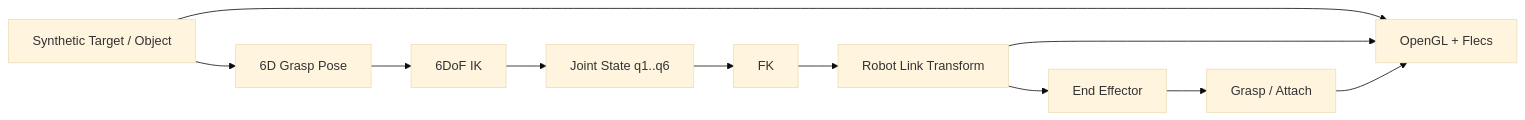
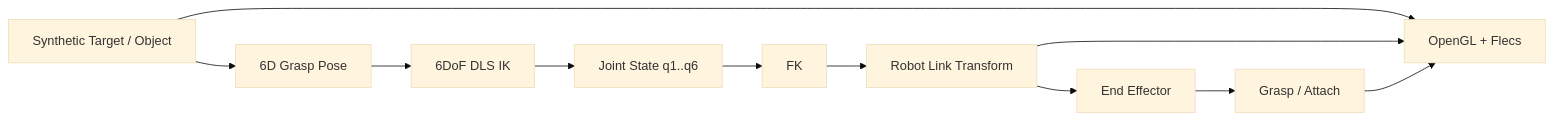
The diagram in docs/ARCHITECTURE.md (cgantro/GraspLink), drawn with Mermaid (base theme) before and after one commit. The commit also changed other lines of this file and 27 other files, not shown here.

````diff
--- a/docs/ARCHITECTURE.md
+++ b/docs/ARCHITECTURE.md
@@ -13,17 +13,17 @@
 ```mermaid
 flowchart LR
     T[Synthetic Target / Object]
     G[6D Grasp Pose]
-    IK[6DoF IK]
+    IK[6DoF DLS IK]
     J[Joint State q1..q6]
     FK[FK]
     R[Robot Link Transform]
     EE[End Effector]
     A[Grasp / Attach]
     V[OpenGL + Flecs]
 
     T --> G --> IK --> J --> FK --> R --> EE --> A
     T --> V
     R --> V
     A --> V
 ```
````
